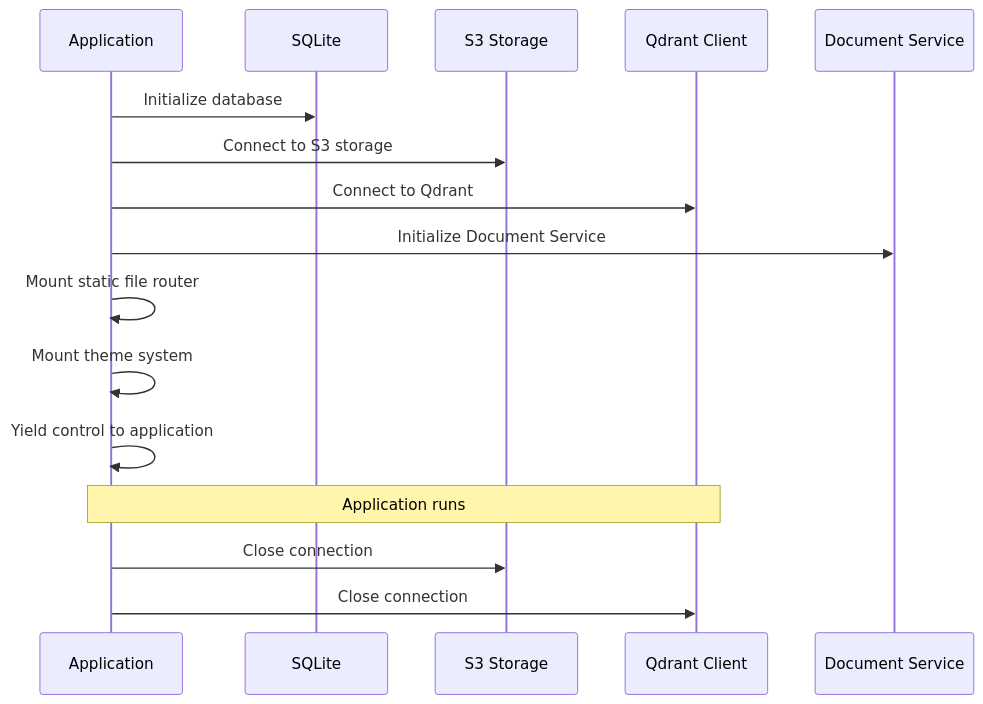
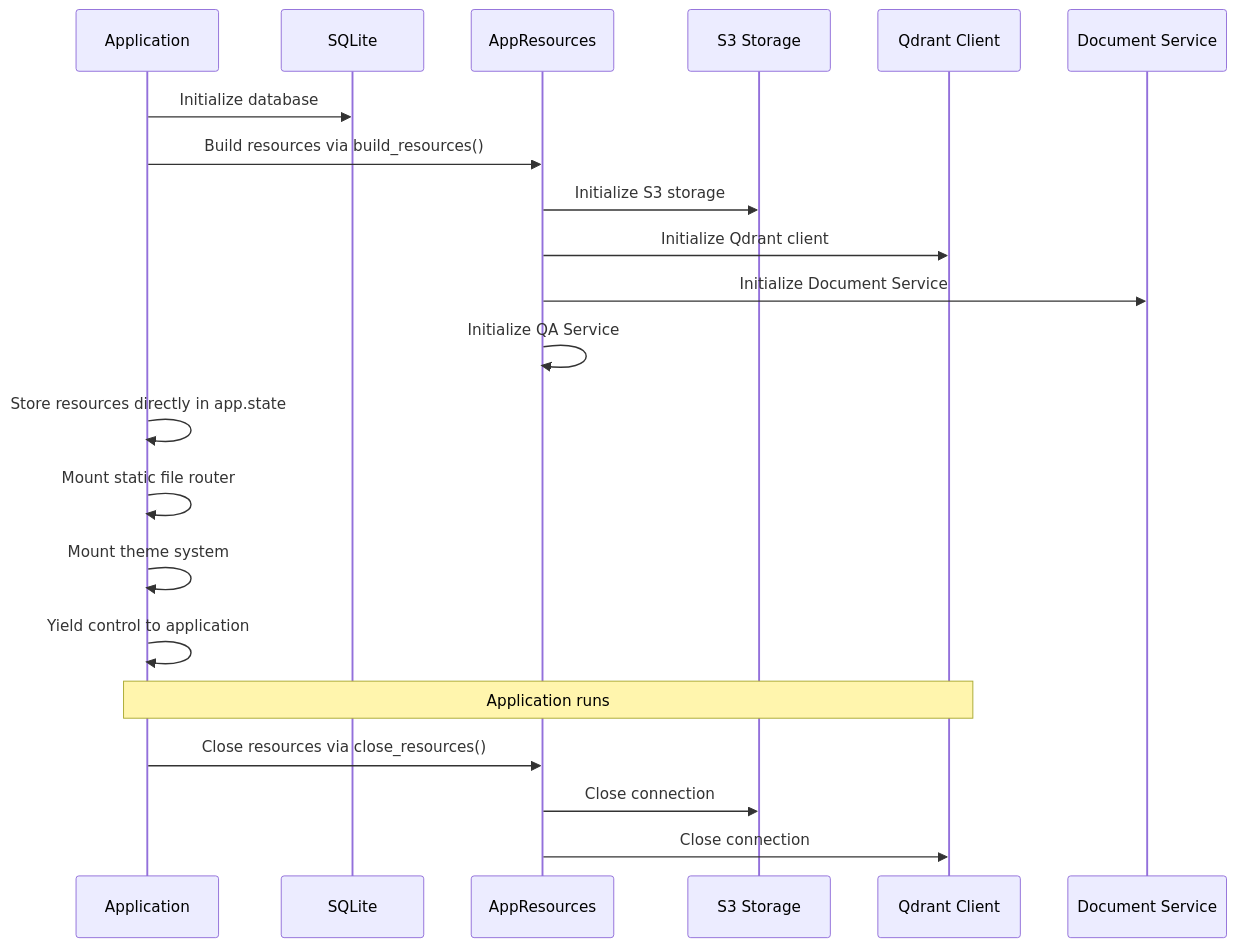
One commit to ognelis/cafetera_hr_bot changed the second of 9 diagrams in .qoder/repowiki/en/content/Development Workflow/Main Application Entry Point.md. Above: the diagram before and after it, drawn with Mermaid. The commit also changed other lines of this file and 20 other files, not shown here.

````diff
--- a/.qoder/repowiki/en/content/Development Workflow/Main Application Entry Point.md
+++ b/.qoder/repowiki/en/content/Development Workflow/Main Application Entry Point.md
@@ -115,18 +120,23 @@
 ```mermaid
 sequenceDiagram
 participant App as Application
 participant DB as SQLite
+participant Resources as AppResources
 participant S3 as S3 Storage
 participant Qdrant as Qdrant Client
 participant Service as Document Service
 App->>DB : Initialize database
-App->>S3 : Connect to S3 storage
-App->>Qdrant : Connect to Qdrant
-App->>Service : Initialize Document Service
+App->>Resources : Build resources via build_resources()
+Resources->>S3 : Initialize S3 storage
+Resources->>Qdrant : Initialize Qdrant client
+Resources->>Service : Initialize Document Service
+Resources->>Resources : Initialize QA Service
+App->>App : Store resources directly in app.state
 App->>App : Mount static file router
 App->>App : Mount theme system
 App->>App : Yield control to application
 Note over App,Qdrant : Application runs
-App->>S3 : Close connection
-App->>Qdrant : Close connection
+App->>Resources : Close resources via close_resources()
+Resources->>S3 : Close connection
+Resources->>Qdrant : Close connection
 ```
````
